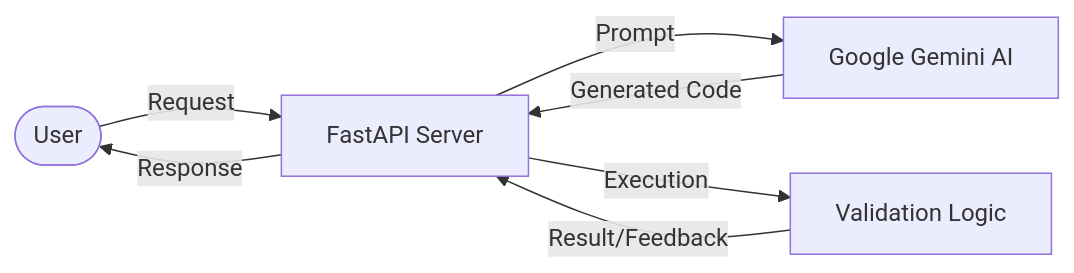
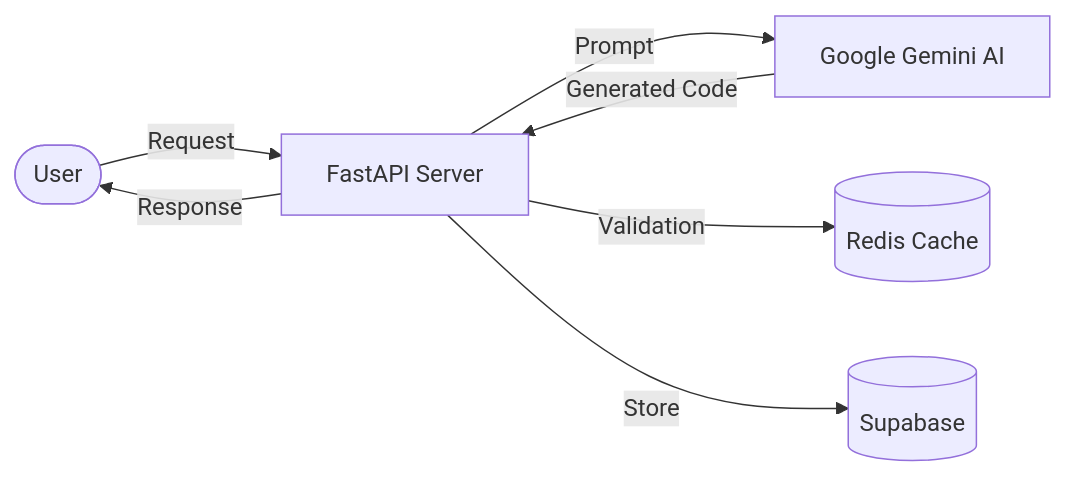
One commit to SJ-Son/TESTER changed the diagram in README.md. Above: the diagram before and after it, drawn with Mermaid. The commit also changed other lines of this file, not shown here.

````diff
--- a/README.md
+++ b/README.md
@@ -43,9 +29,9 @@
 ```mermaid
 graph LR
     User([User]) -->|Request| Server[FastAPI Server]
     Server -->|Prompt| LLM[Google Gemini AI]
     LLM -->|Generated Code| Server
-    Server -->|Execution| Validation[Validation Logic]
-    Validation -->|Result/Feedback| Server
+    Server -->|Validation| Cache[(Redis Cache)]
+    Server -->|Store| DB[(Supabase)]
     Server -->|Response| User
 ```
````
